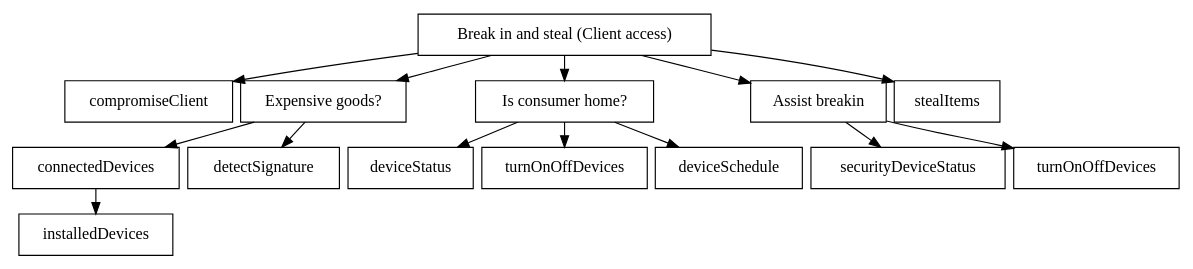
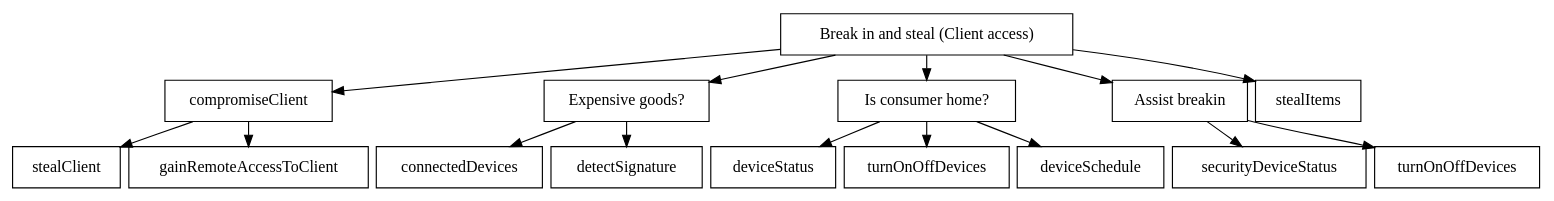
One commit to des904e15/report changed the diagram in figures/graphviz/burglarClient.dot. Above: the diagram before and after it, drawn with Graphviz. The commit also changed 15 other files, not shown here.

```diff
--- a/figures/graphviz/burglarClient.dot
+++ b/figures/graphviz/burglarClient.dot
@@ -1,32 +1,35 @@
 digraph G {
 
  graph[ center=true, margin=0.2, nodesep=0.1, ranksep=0.3]
  node[ shape=rectangle]
 
 root [label="Break in and steal (Client access)", shape=AND];
 
 compromiseClient;
 goodstuff [label="Expensive goods?",shape=OR];
 atHome [label="Is consumer home?",shape=OR];
 breakIn [label="Break in"];
 
+compromiseClient[shape=OR]
 root -> compromiseClient;
+compromiseClient -> stealClient;
+compromiseClient -> gainRemoteAccessToClient;
+
 
 root -> goodstuff;
 connectedDevices;
 goodstuff->connectedDevices;
-connectedDevices->installedDevices;
 goodstuff->detectSignature;
 
 root -> atHome;
 atHome -> deviceStatus;
 atHome -> turnOnOffDevices;
 atHome -> deviceSchedule;
 
 breakIn[shape=OR, label="Assist breakin"]
 root ->	breakIn;
 breakIn -> securityDeviceStatus;
 root -> stealItems;
 turnOnOffDevices2[label=turnOnOffDevices]
 breakIn -> turnOnOffDevices2;
 }
```
